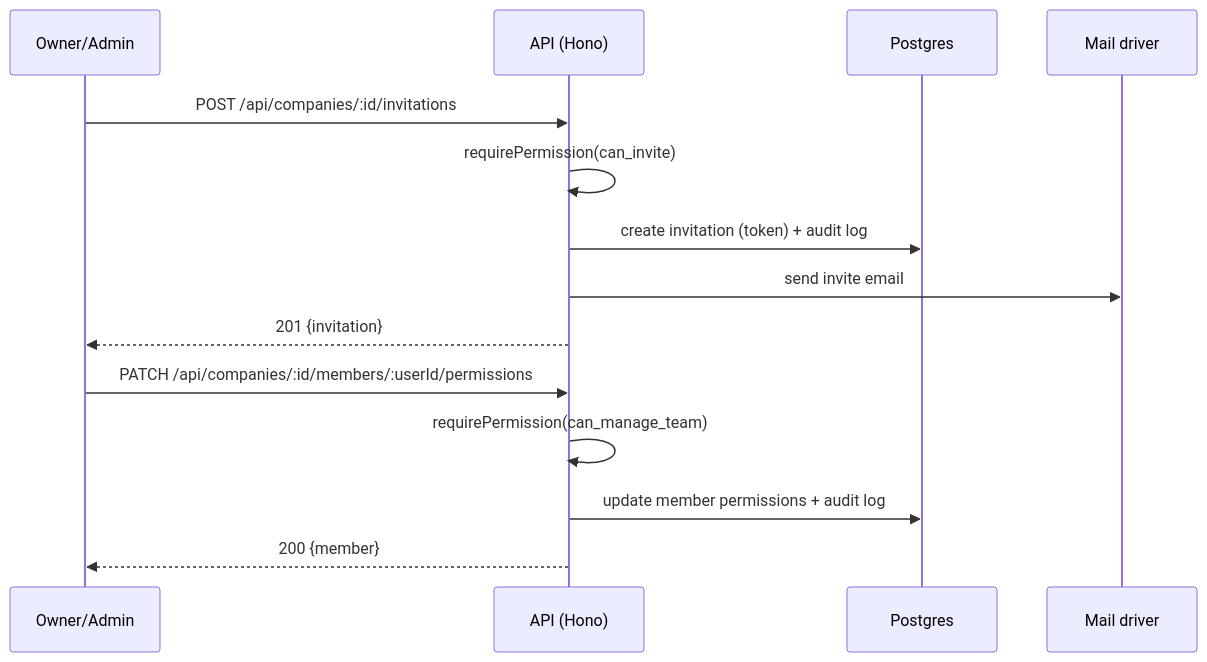
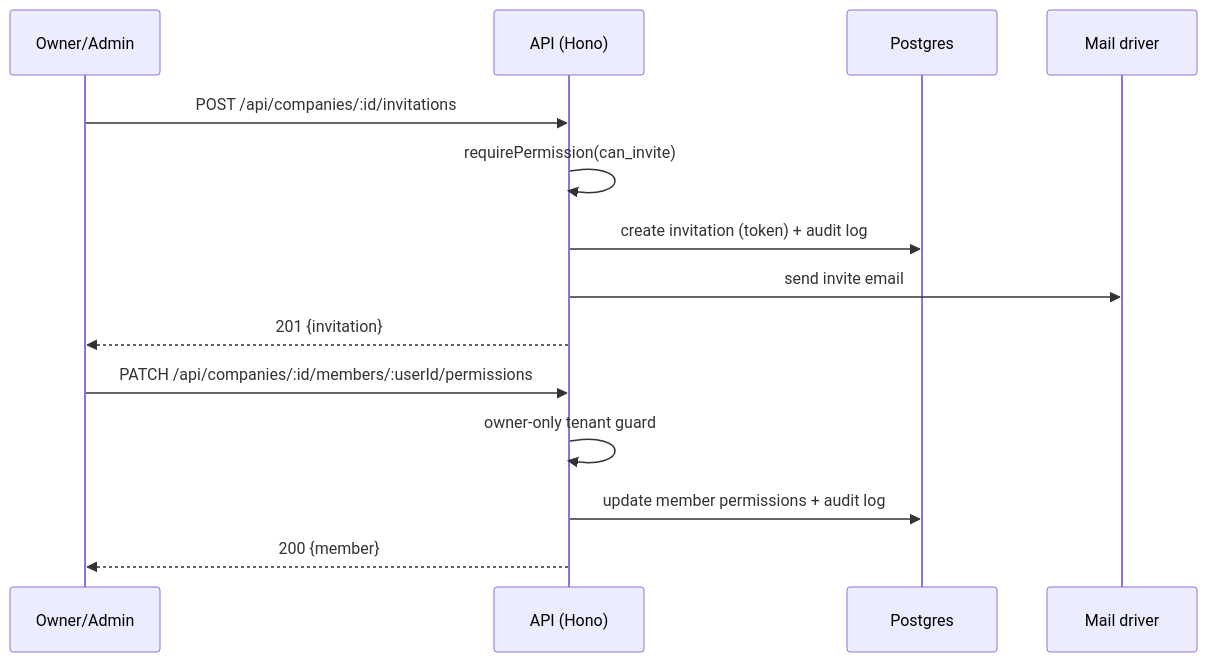
One commit to ygncode/wateaminbox changed the second of 2 diagrams in docs/apis/companies.md. Above: the diagram before and after it, drawn with Mermaid. The commit also changed other lines of this file and 27 other files, not shown here.

````diff
--- a/docs/apis/companies.md
+++ b/docs/apis/companies.md
@@ -57,16 +57,16 @@
 ```mermaid
 sequenceDiagram
     participant O as Owner/Admin
     participant A as API (Hono)
     participant D as Postgres
     participant M as Mail driver
     O->>A: POST /api/companies/:id/invitations
     A->>A: requirePermission(can_invite)
     A->>D: create invitation (token) + audit log
     A->>M: send invite email
     A-->>O: 201 {invitation}
     O->>A: PATCH /api/companies/:id/members/:userId/permissions
-    A->>A: requirePermission(can_manage_team)
+    A->>A: owner-only tenant guard
     A->>D: update member permissions + audit log
     A-->>O: 200 {member}
 ```
````
